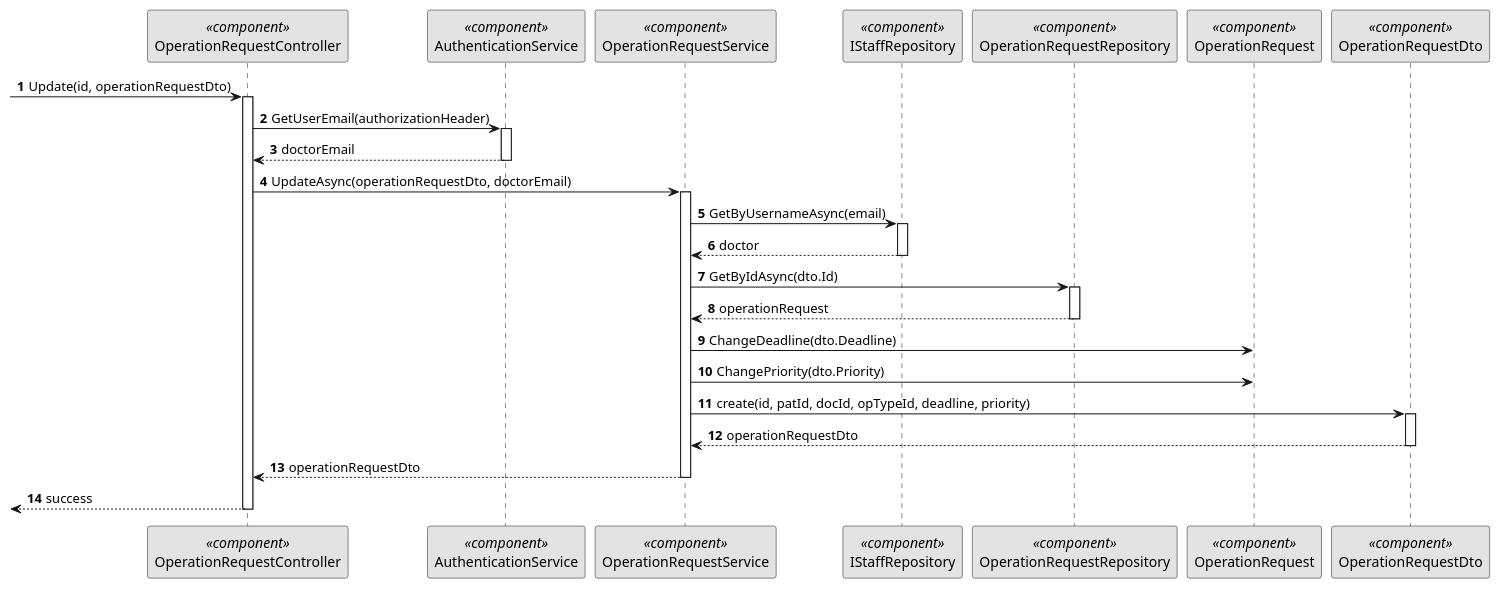
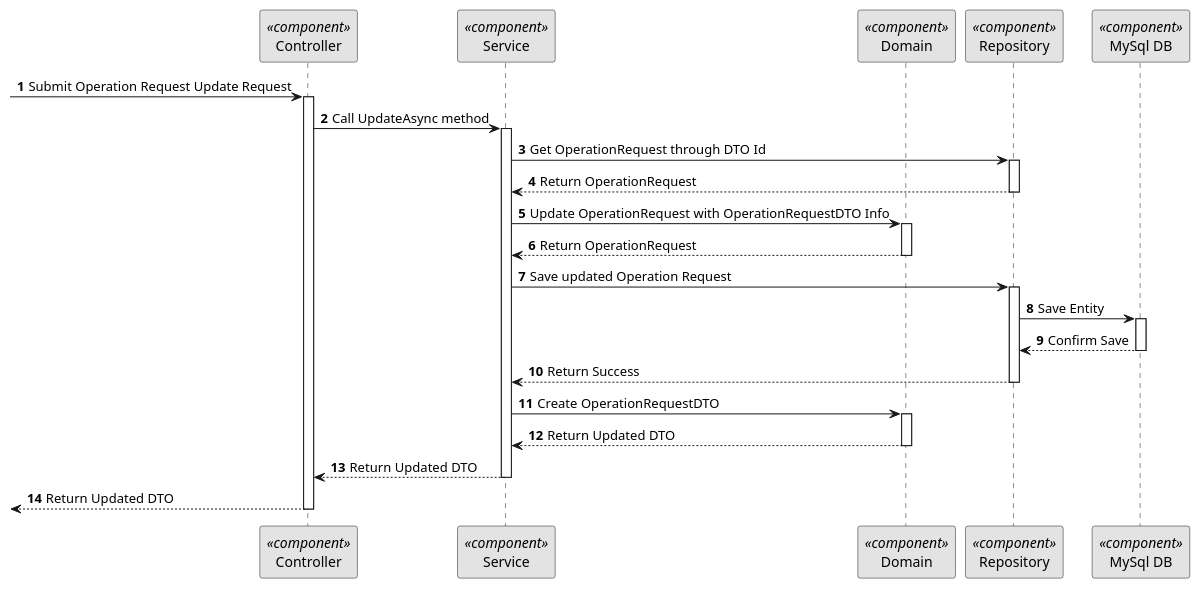
One commit to Ana-Miguel-Silva/SurgicalAppointmentAndResourceManagement changed the diagram in docs/BackofficeModule/5.1.17/sequence-diagram-3.puml. Above: the diagram before and after it, drawn with PlantUML. The commit also changed 8 other files, not shown here.

```diff
--- a/docs/BackofficeModule/5.1.17/sequence-diagram-3.puml
+++ b/docs/BackofficeModule/5.1.17/sequence-diagram-3.puml
@@ -1,94 +1,56 @@
-@startuml 5.1.1
+@startuml 5.1.17
 skinparam monochrome true
 skinparam packageStyle rectangle
 skinparam shadowing false
 
 autonumber
 
-participant "OperationRequestController" as CTRL <<component>>
-participant "AuthenticationService" as Auth <<component>>
+participant "Controller" as CTRL <<component>>
+participant "Service" as SERV <<component>>
+participant "Domain" as DOM <<component>>
+participant "Repository" as REPO <<component>>
+participant "MySql DB" as BDD <<component>>
 
-participant "OperationRequestService" as SERV <<component>>
-
-participant "IStaffRepository" as StaffRep <<component>>
-
-participant "OperationRequestRepository" as REPO <<component>>
-participant "OperationRequest" as DOM <<component>>
-''participant "IUnitOfWork" as unit <<component>>
-participant "OperationRequestDto" as dto <<component>>
-
-''participant "LogService" as Log <<component>>
-''participant "LogEntry" as LogEntry <<component>>
-''participant "ILogRepository" as LogRep <<component>>
-
--> CTRL: Update(id, operationRequestDto)
+-> CTRL: Submit Operation Request Update Request
 activate CTRL
 
-''CTRL -> Auth: ValidateUserRole(authorizationHeader, Role)
-''activate Auth
-
-''Auth --> CTRL : true
-''deactivate Auth
-
-CTRL -> Auth: GetUserEmail(authorizationHeader)
-activate Auth
-
-Auth --> CTRL: doctorEmail
-deactivate Auth
-
-CTRL -> SERV: UpdateAsync(operationRequestDto, doctorEmail)
+CTRL -> SERV: Call UpdateAsync method
 activate SERV
 
-''SERV -> SERV : CheckDoctorAsync(doctorEmail)
-''activate SERV
-
-SERV -> StaffRep : GetByUsernameAsync(email)
-activate StaffRep
-
-StaffRep --> SERV : doctor
-deactivate StaffRep
-
-''SERV --> SERV : doctor
-''deactivate SERV
-
-''SERV -> SERV : CheckDate(dto.Deadline)
-
-''SERV -> SERV : CheckPriority(dto.Priority)
-
-SERV -> REPO : GetByIdAsync(dto.Id)
+SERV -> REPO: Get OperationRequest through DTO Id
 activate REPO
 
-REPO --> SERV : operationRequest
+REPO --> SERV: Return OperationRequest
 deactivate REPO
 
-SERV -> DOM : ChangeDeadline(dto.Deadline)
+SERV -> DOM: Update OperationRequest with OperationRequestDTO Info
+activate DOM
 
-SERV -> DOM : ChangePriority(dto.Priority)
+DOM --> SERV: Return OperationRequest
+deactivate DOM
 
-''SERV -> unit : CommitAsync()
+SERV -> REPO : Save updated Operation Request
+activate REPO
 
-SERV -> dto: create(id, patId, docId, opTypeId, deadline, priority)
-activate dto
-dto --> SERV: operationRequestDto
-deactivate dto
-SERV --> CTRL: operationRequestDto
+REPO -> BDD : Save Entity
+activate BDD
+
+BDD --> REPO : Confirm Save
+deactivate BDD
+
+REPO --> SERV : Return Success
+deactivate REPO
+
+SERV -> DOM : Create OperationRequestDTO
+activate DOM
+
+DOM --> SERV : Return Updated DTO
+deactivate DOM
+
+SERV --> CTRL : Return Updated DTO
 deactivate SERV
 
-''CTRL --> Log : LogAsync(entity, action, operationRequestDto.Id, changes)
-''activate Log
-
-''Log -> LogEntry : create(entity, action, operationRequestDto.Id, changes)
-''activate LogEntry
-
-''LogEntry --> Log : logEntry
-''deactivate LogEntry
-
-''Log -> LogRep : AddAsync(logEntry)
-
-''Log --> CTRL
-''deactivate Log
-
-<-- CTRL: success
+<-- CTRL  : Return Updated DTO
 deactivate CTRL
 
 @enduml
```
